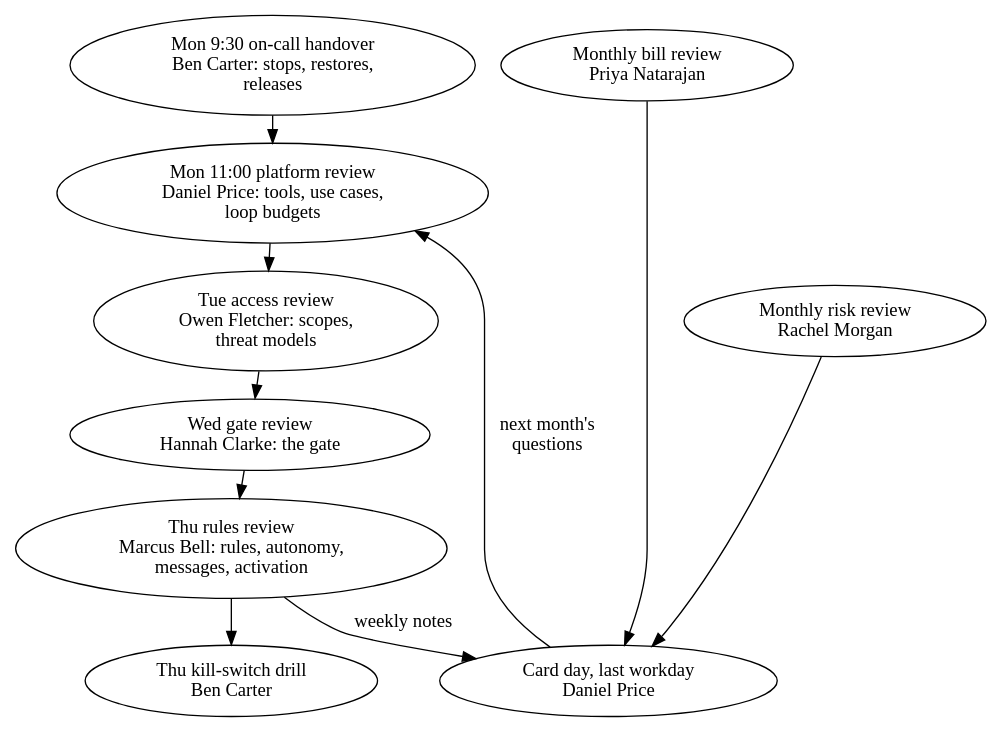
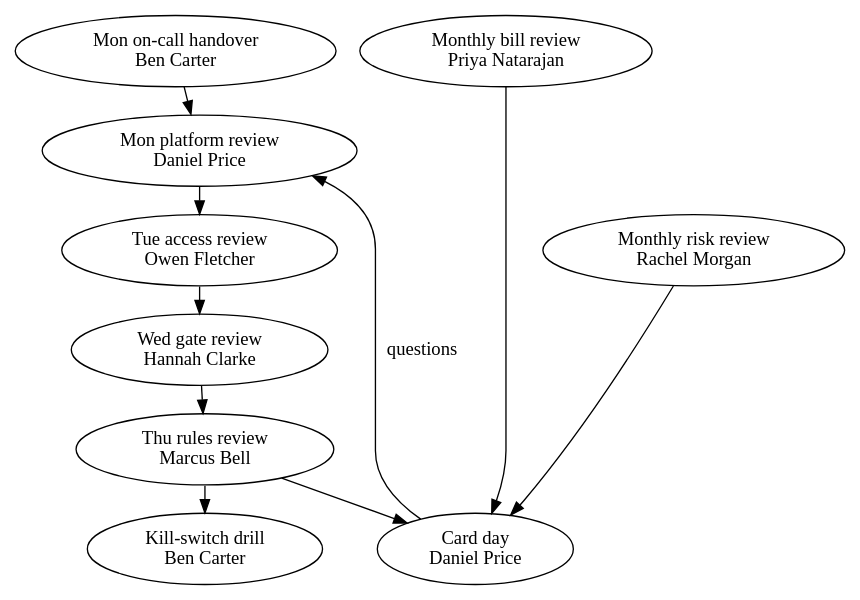
One commit to rajesh1008/system-design-book changed the diagram in figures/src/ch41/fig-41-6.dot. Above: the diagram before and after it, drawn with Graphviz. The commit also changed 29 other files, not shown here.

```diff
--- a/figures/src/ch41/fig-41-6.dot
+++ b/figures/src/ch41/fig-41-6.dot
@@ -1,26 +1,26 @@
 // Figure 41.6  Operating rhythm
 // Reading order: the week runs top to bottom, Monday to Thursday; each
-// forum has one owner and names the decisions it reviews. The monthly
+// forum has one owner (the decisions each reviews are in the text). The monthly
 // forums sit to the right and feed card day at the end of the month.
-// Times are Chicago (CDT). From org.rhythm.
+// Times and decisions are in the text. From org.rhythm.
 digraph rhythm {
 #include "book.gv"
   rankdir=TB; nodesep=0.25; ranksep=0.28;
-  mon1 [label="Mon 9:30 on-call handover\nBen Carter: stops, restores,\nreleases", class="ops"];
-  mon2 [label="Mon 11:00 platform review\nDaniel Price: tools, use cases,\nloop budgets", class="org"];
-  tue [label="Tue access review\nOwen Fletcher: scopes,\nthreat models", class="org"];
-  wed [label="Wed gate review\nHannah Clarke: the gate", class="org"];
-  thu [label="Thu rules review\nMarcus Bell: rules, autonomy,\nmessages, activation", class="org"];
-  drill [label="Thu kill-switch drill\nBen Carter", class="ops"];
+  mon1 [label="Mon on-call handover\nBen Carter", class="ops"];
+  mon2 [label="Mon platform review\nDaniel Price", class="org"];
+  tue [label="Tue access review\nOwen Fletcher", class="org"];
+  wed [label="Wed gate review\nHannah Clarke", class="org"];
+  thu [label="Thu rules review\nMarcus Bell", class="org"];
+  drill [label="Kill-switch drill\nBen Carter", class="ops"];
   bill [label="Monthly bill review\nPriya Natarajan", class="org"];
   risk [label="Monthly risk review\nRachel Morgan", class="org"];
-  card [label="Card day, last workday\nDaniel Price", class="org gate"];
+  card [label="Card day\nDaniel Price", class="org gate"];
   mon1 -> mon2 -> tue -> wed -> thu [class="control"];
   thu -> drill [class="data"];
-  thu -> card [class="async", label="weekly notes"];
+  thu -> card [class="async"];
   bill -> card [class="data"];
   risk -> card [class="data"];
-  card -> mon2 [class="emphasis", label="next month's\nquestions"];
+  card -> mon2 [class="emphasis", label="questions"];
   {rank=same; mon1; bill;}
   {rank=same; tue; risk;}
 }
```
